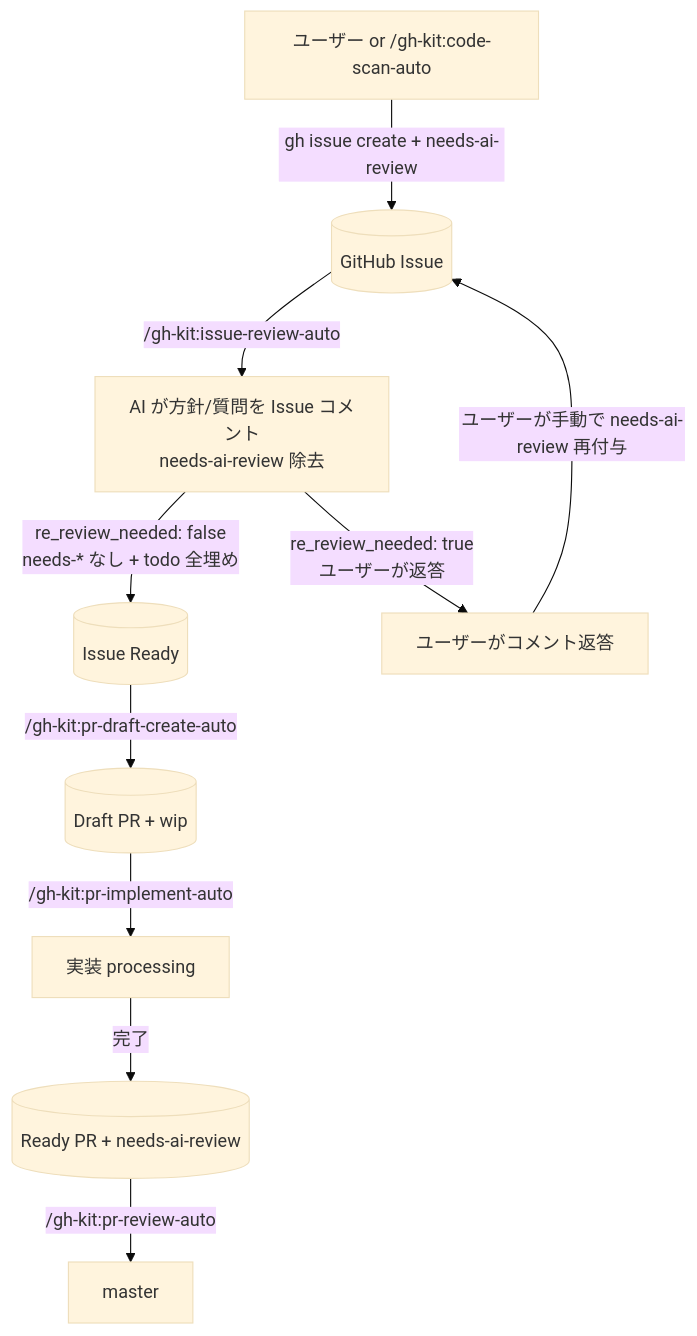
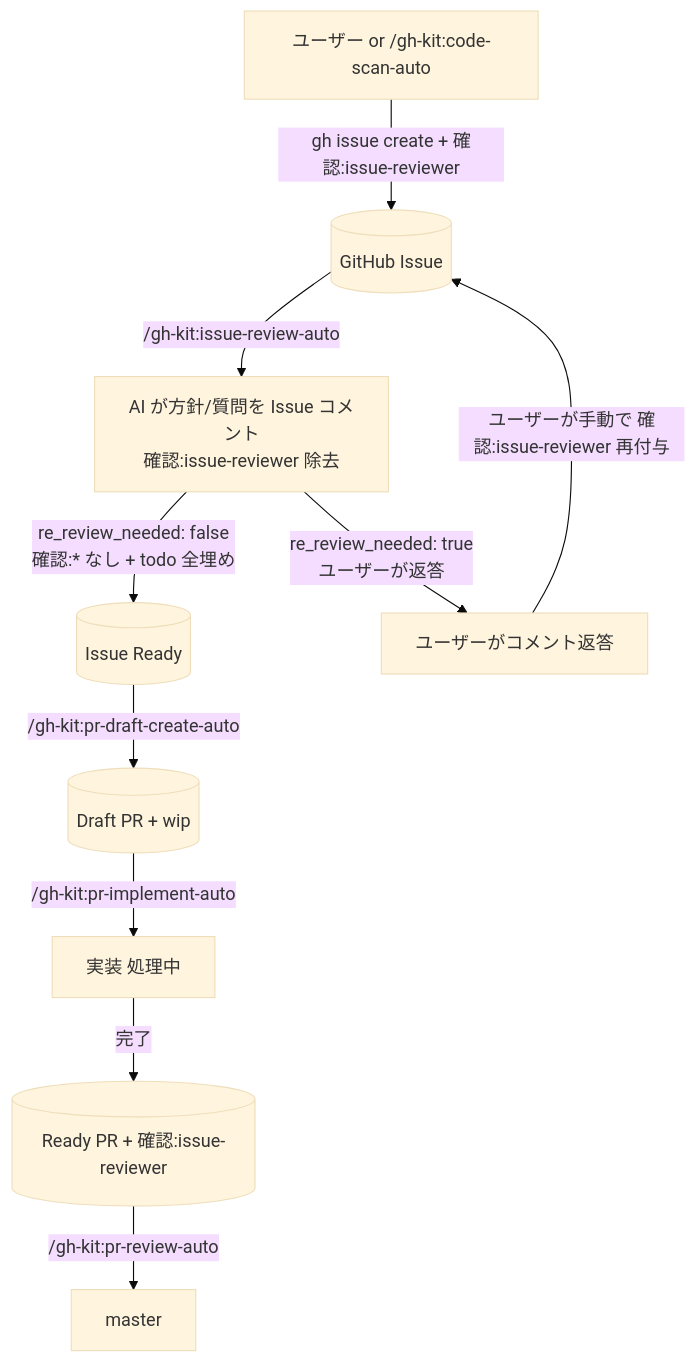
The diagram in plugins/gh-kit/CLAUDE.md (shuhei1101/my-plugins), drawn with Mermaid (base theme) before and after one commit. The commit also changed other lines of this file and 14 other files, not shown here.

````diff
--- a/plugins/gh-kit/CLAUDE.md
+++ b/plugins/gh-kit/CLAUDE.md
@@ -9,12 +9,12 @@
 ```mermaid
 flowchart TD
-  U[ユーザー or /gh-kit:code-scan-auto] -->|gh issue create + needs-ai-review| Issue[(GitHub Issue)]
-  Issue -->|/gh-kit:issue-review-auto| Review[AI が方針/質問を Issue コメント<br>needs-ai-review 除去]
-  Review -->|re_review_needed: false<br>needs-* なし + todo 全埋め| Ready[(Issue Ready)]
+  U[ユーザー or /gh-kit:code-scan-auto] -->|gh issue create + 確認:issue-reviewer| Issue[(GitHub Issue)]
+  Issue -->|/gh-kit:issue-review-auto| Review[AI が方針/質問を Issue コメント<br>確認:issue-reviewer 除去]
+  Review -->|re_review_needed: false<br>確認:* なし + todo 全埋め| Ready[(Issue Ready)]
   Review -->|re_review_needed: true<br>ユーザーが返答| UserReply[ユーザーがコメント返答]
-  UserReply -->|ユーザーが手動で needs-ai-review 再付与| Issue
+  UserReply -->|ユーザーが手動で 確認:issue-reviewer 再付与| Issue
   Ready -->|/gh-kit:pr-draft-create-auto| WIP[(Draft PR + wip)]
-  WIP -->|/gh-kit:pr-implement-auto| Implementing[実装 processing]
-  Implementing -->|完了| NAR[(Ready PR + needs-ai-review)]
+  WIP -->|/gh-kit:pr-implement-auto| Implementing[実装 処理中]
+  Implementing -->|完了| NAR[(Ready PR + 確認:issue-reviewer)]
   NAR -->|/gh-kit:pr-review-auto| Merged[master]
 ```
````
